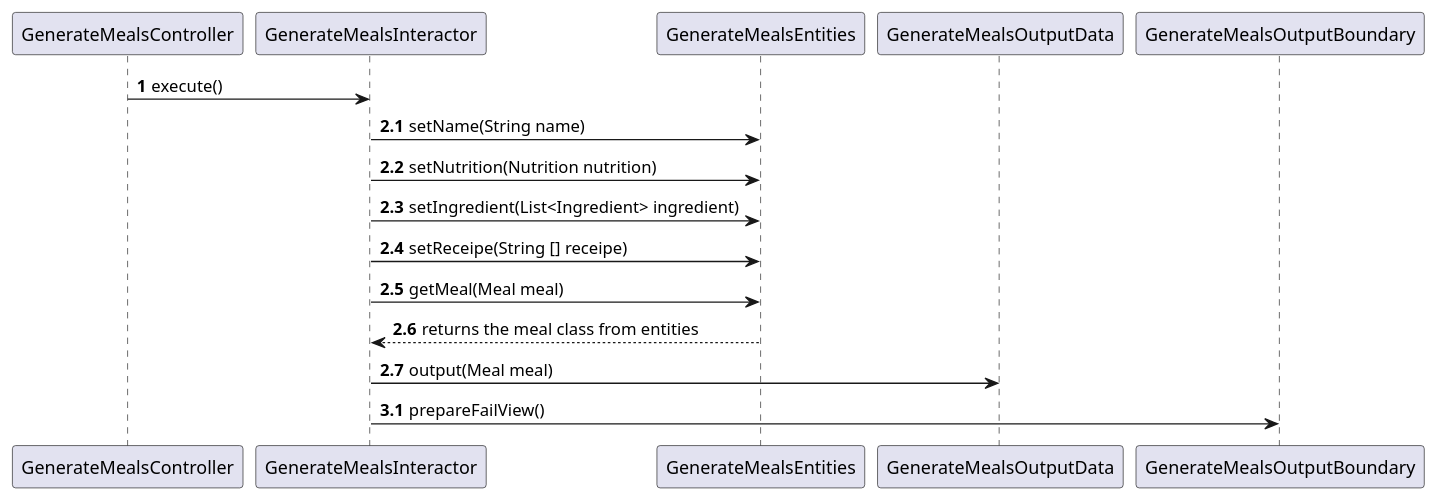
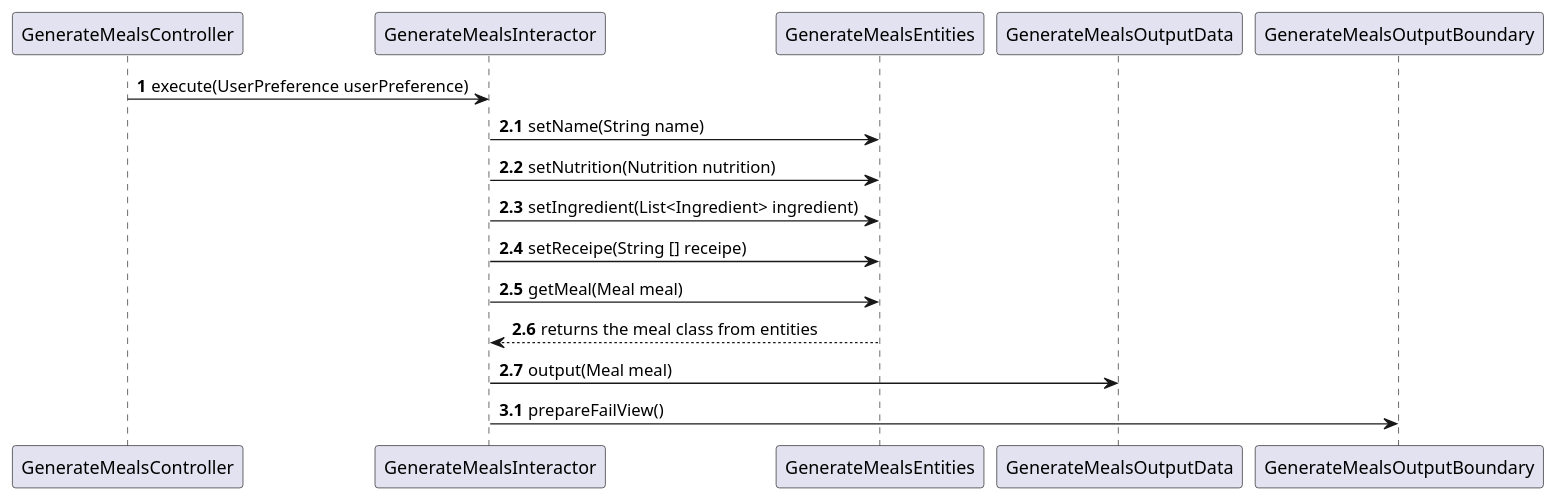
The diagram in design/sequence_diagrams/GenenrateMealsSequenceDiagram.puml (vrindasubhash/NutriNinja), drawn with PlantUML before and after one commit.

Commit message:
Added input data (UserPreference) as a parameter in controller calling interactor

```diff
--- a/design/sequence_diagrams/GenenrateMealsSequenceDiagram.puml
+++ b/design/sequence_diagrams/GenenrateMealsSequenceDiagram.puml
@@ -1,22 +1,22 @@
 @startuml
 'https://plantuml.com/sequence-diagram
 
 autonumber
 
 autonumber 1
-GenerateMealsController -> GenerateMealsInteractor: execute()
+GenerateMealsController -> GenerateMealsInteractor: execute(UserPreference userPreference)
 
 autonumber 2.1
 GenerateMealsInteractor -> GenerateMealsEntities: setName(String name)
 GenerateMealsInteractor -> GenerateMealsEntities: setNutrition(Nutrition nutrition)
 GenerateMealsInteractor -> GenerateMealsEntities: setIngredient(List<Ingredient> ingredient)
 GenerateMealsInteractor -> GenerateMealsEntities: setReceipe(String [] receipe)
 GenerateMealsInteractor -> GenerateMealsEntities: getMeal(Meal meal)
 GenerateMealsInteractor <-- GenerateMealsEntities: returns the meal class from entities
 GenerateMealsInteractor -> GenerateMealsOutputData: output(Meal meal)
 
 autonumber 3.1
 GenerateMealsInteractor -> GenerateMealsOutputBoundary: prepareFailView()
 
 
 @enduml
```
